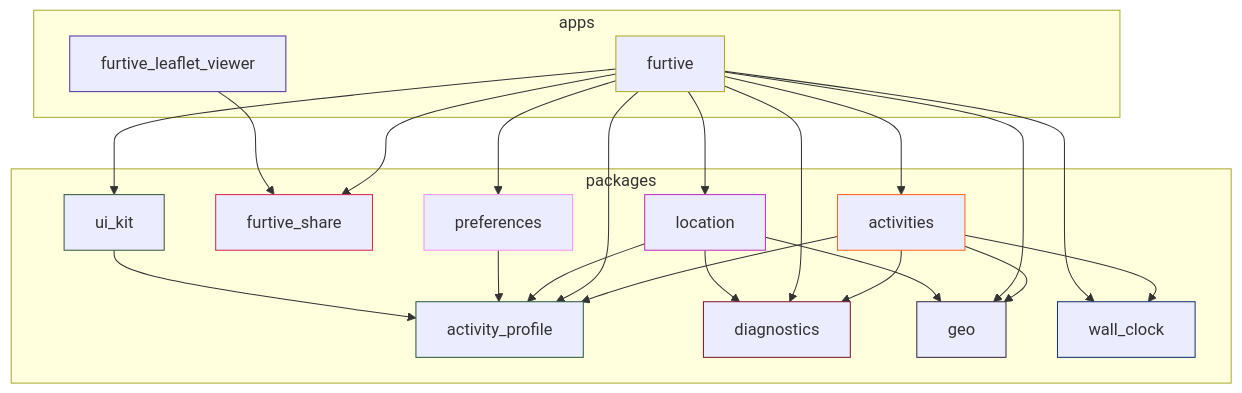
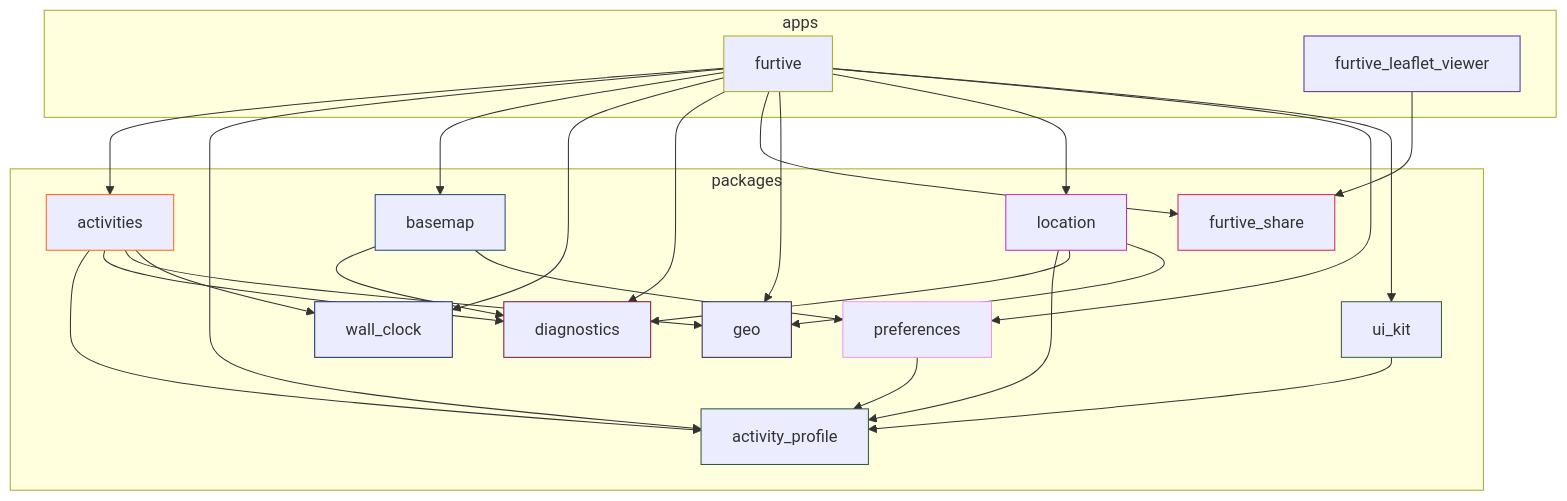
Before and after one commit to ethicnology-agent/furtive: the diagram in docs/module-graph.md, drawn with Mermaid. The commit also changed 15 other files, not shown here.

````diff
--- a/docs/module-graph.md
+++ b/docs/module-graph.md
@@ -5,59 +5,65 @@
 ```mermaid
 graph TD
   activities["activities"]
   style activities stroke:#ff6714
   activity_profile["activity_profile"]
   style activity_profile stroke:#295a3f
+  basemap["basemap"]
+  style basemap stroke:#244b75
   diagnostics["diagnostics"]
   style diagnostics stroke:#811832
   furtive["furtive"]
   style furtive stroke:#acaa26
   furtive_leaflet_viewer["furtive_leaflet_viewer"]
   style furtive_leaflet_viewer stroke:#5135a1
   furtive_share["furtive_share"]
   style furtive_share stroke:#d42752
   geo["geo"]
   style geo stroke:#362842
   location["location"]
   style location stroke:#c12dba
   preferences["preferences"]
   style preferences stroke:#f493f6
   ui_kit["ui_kit"]
   style ui_kit stroke:#375a43
   wall_clock["wall_clock"]
   style wall_clock stroke:#173271
   activities --> activity_profile
   activities --> diagnostics
   activities --> geo
   activities --> wall_clock
+  basemap --> diagnostics
+  basemap --> preferences
   furtive --> activities
   furtive --> activity_profile
+  furtive --> basemap
   furtive --> wall_clock
   furtive --> diagnostics
   furtive --> furtive_share
   furtive --> geo
   furtive --> location
   furtive --> preferences
   furtive --> ui_kit
   furtive_leaflet_viewer --> furtive_share
   location --> activity_profile
   location --> diagnostics
   location --> geo
   preferences --> activity_profile
   ui_kit --> activity_profile
   subgraph packages0 ["packages"]
     activities
     activity_profile
+    basemap
     diagnostics
     furtive_share
     geo
     location
     preferences
     ui_kit
     wall_clock
   end
   subgraph apps1 ["apps"]
     furtive
     furtive_leaflet_viewer
   end
 ```
````
